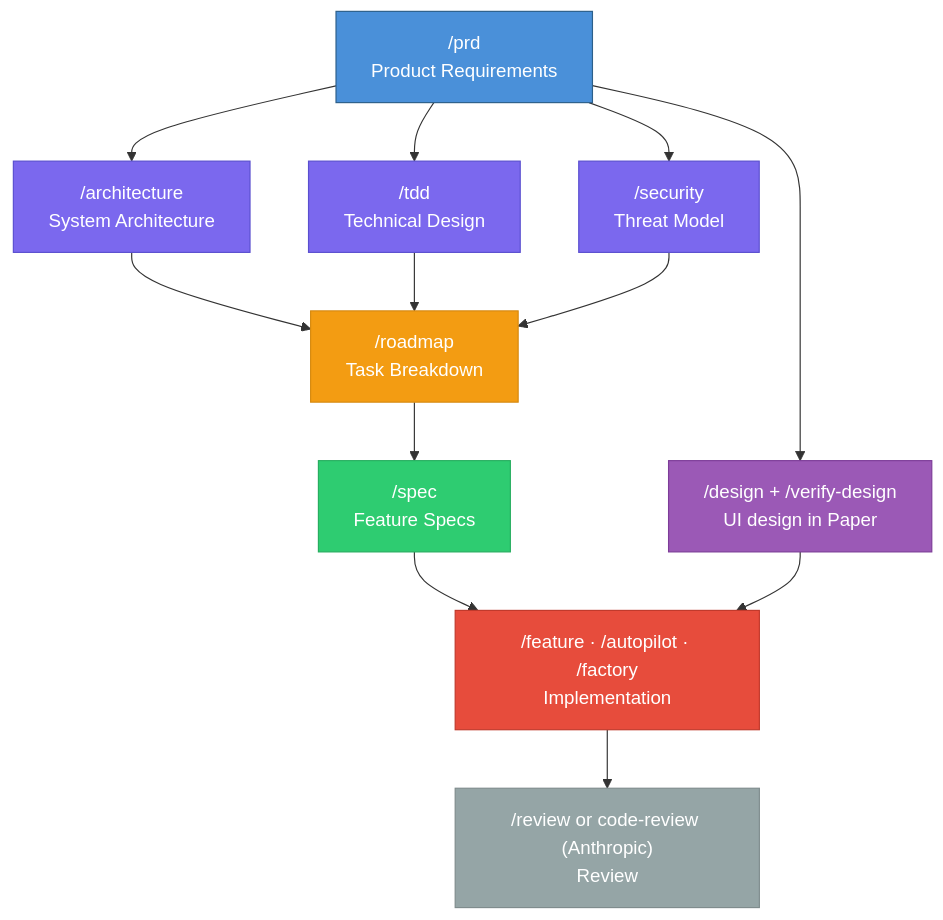
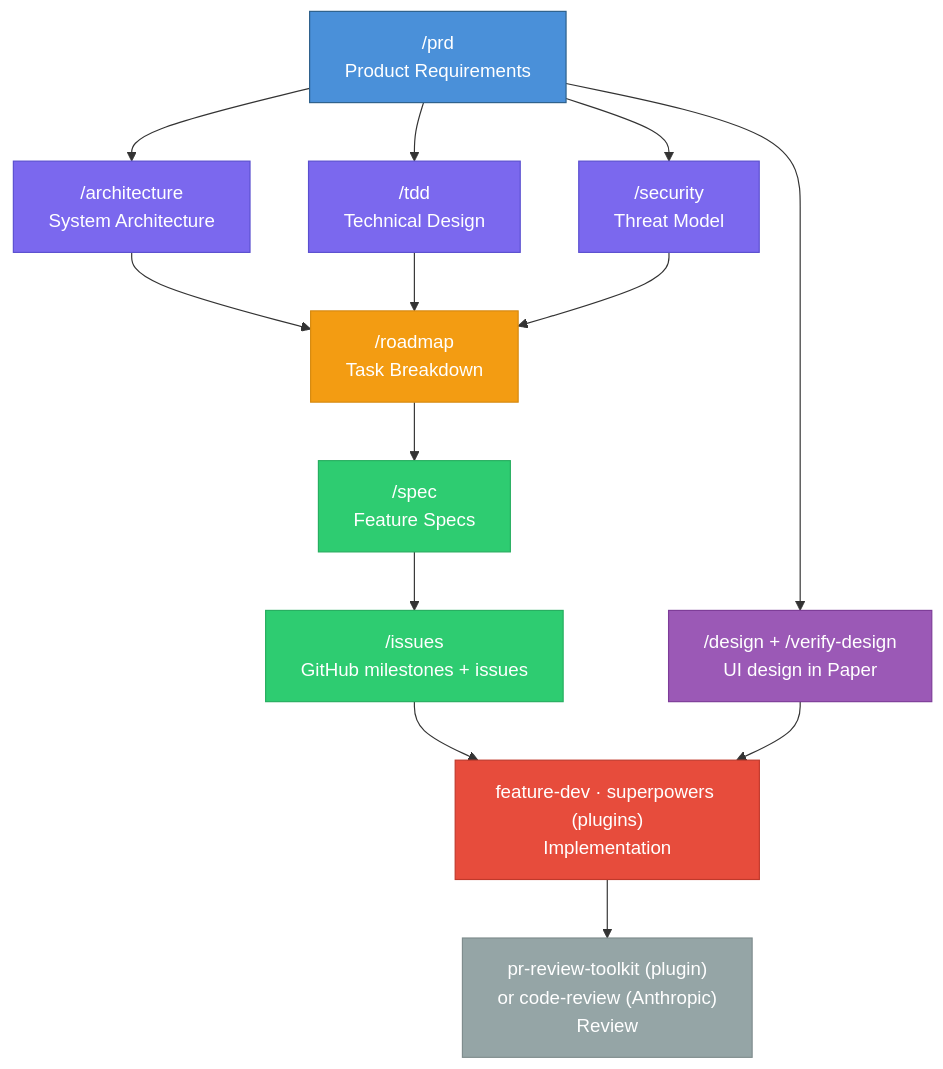
Before and after one commit to 0xrafasec/ai-workflow: the first of 6 diagrams in docs/spec-driven-development.md, drawn with Mermaid. The commit also changed other lines of this file and 9 other files, not shown here.

First line of the commit message:
docs: describe the toolkit as planning-only, with execution from plugins

````diff
--- a/docs/spec-driven-development.md
+++ b/docs/spec-driven-development.md
@@ -21,34 +21,37 @@
 ```mermaid
 graph TD
     PRD["/prd<br/>Product Requirements"]
     ARCH["/architecture<br/>System Architecture"]
     TDD["/tdd<br/>Technical Design"]
     SEC["/security<br/>Threat Model"]
     SPEC["/spec<br/>Feature Specs"]
     ROAD["/roadmap<br/>Task Breakdown"]
     DESIGN["/design + /verify-design<br/>UI design in Paper"]
-    IMPL["/feature · /autopilot · /factory<br/>Implementation"]
-    REV["/review or code-review (Anthropic)<br/>Review"]
+    ISSUES["/issues<br/>GitHub milestones + issues"]
+    IMPL["feature-dev · superpowers (plugins)<br/>Implementation"]
+    REV["pr-review-toolkit (plugin)<br/>or code-review (Anthropic)<br/>Review"]
 
     PRD --> ARCH
     PRD --> TDD
     PRD --> SEC
     PRD --> DESIGN
     ARCH --> ROAD
     TDD --> ROAD
     SEC --> ROAD
     ROAD --> SPEC
-    SPEC --> IMPL
+    SPEC --> ISSUES
+    ISSUES --> IMPL
     DESIGN --> IMPL
     IMPL --> REV
 
     style PRD fill:#4a90d9,stroke:#2c5f8a,color:#fff
     style ARCH fill:#7b68ee,stroke:#5a4fcf,color:#fff
     style TDD fill:#7b68ee,stroke:#5a4fcf,color:#fff
     style SEC fill:#7b68ee,stroke:#5a4fcf,color:#fff
     style SPEC fill:#2ecc71,stroke:#27ae60,color:#fff
     style ROAD fill:#f39c12,stroke:#d68910,color:#fff
+    style ISSUES fill:#2ecc71,stroke:#27ae60,color:#fff
     style DESIGN fill:#9b59b6,stroke:#7d3c98,color:#fff
     style IMPL fill:#e74c3c,stroke:#c0392b,color:#fff
     style REV fill:#95a5a6,stroke:#7f8c8d,color:#fff
 ```
````
